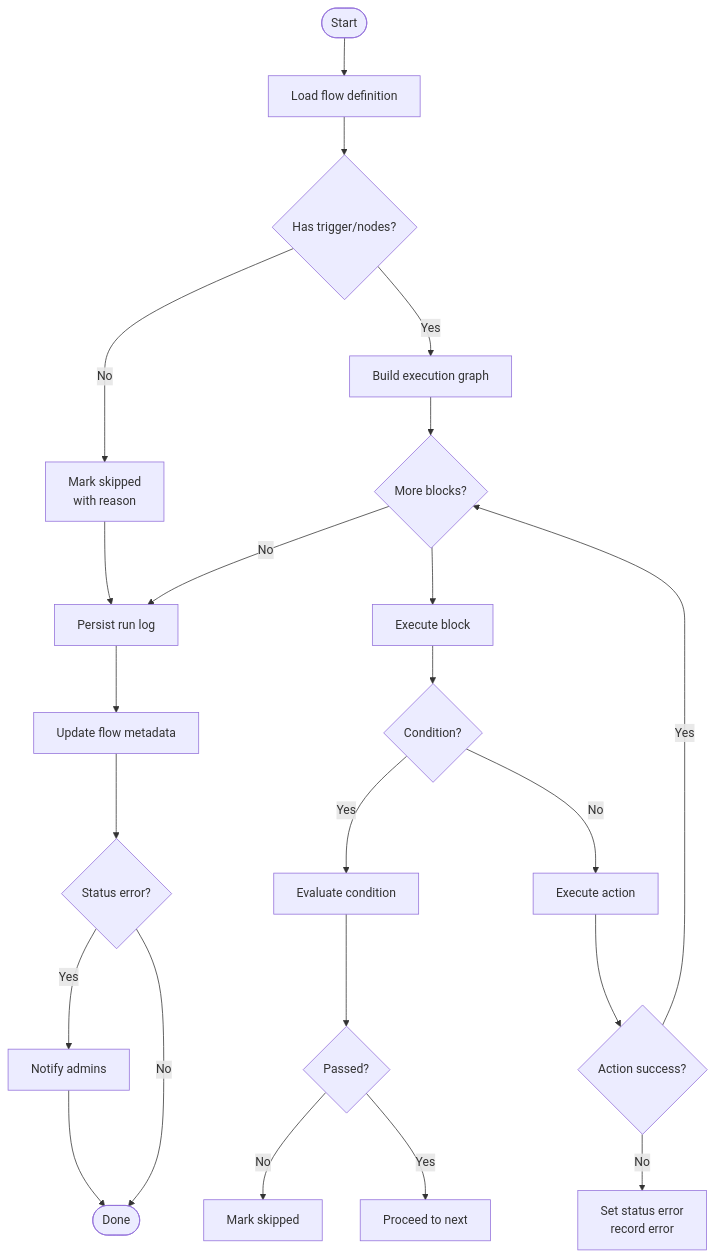
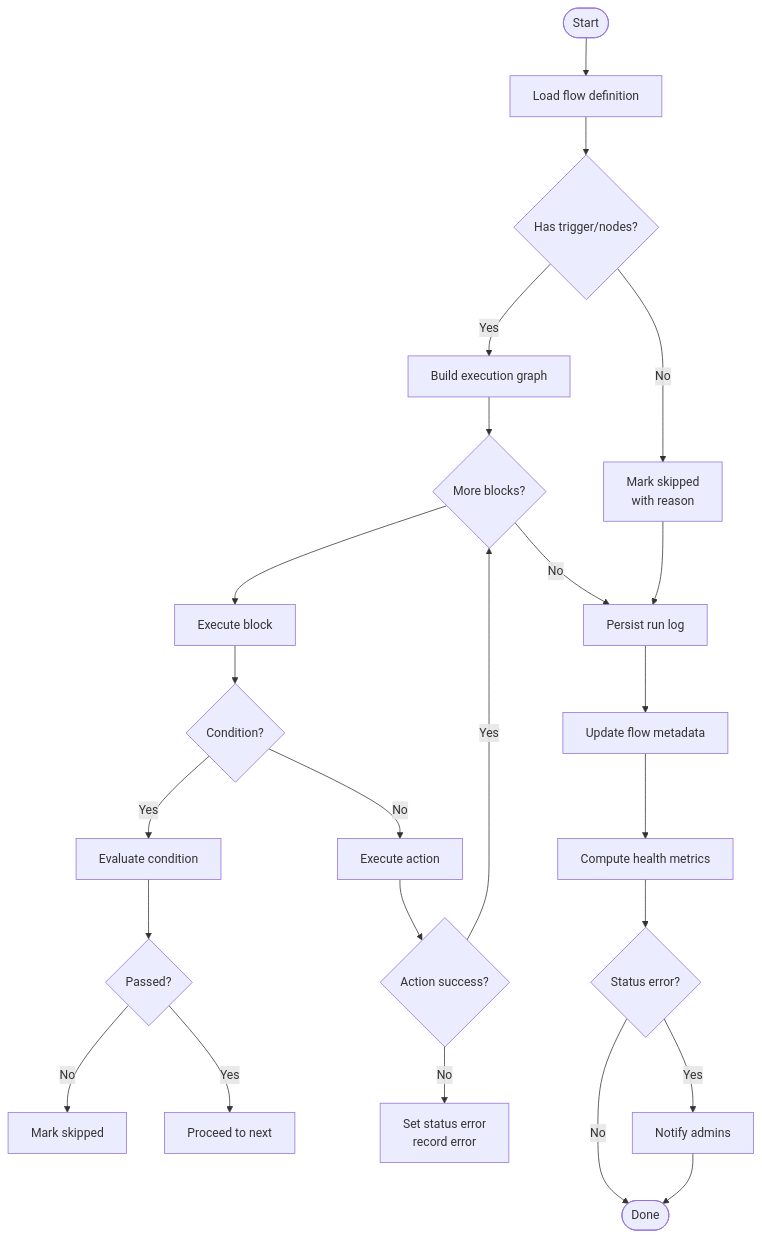
One commit to gastaldellomarco/pcReady changed the sixth of 9 diagrams in .qoder/repowiki/en/content/Automation System/Automation Monitoring and Logs.md. Above: the diagram before and after it, drawn with Mermaid. The commit also changed other lines of this file and 19 other files, not shown here.

First line of the commit message:
feat(automation): enhance Automation Flow Builder with dual-mode design and advanced UI

````diff
--- a/.qoder/repowiki/en/content/Automation System/Automation Monitoring and Logs.md
+++ b/.qoder/repowiki/en/content/Automation System/Automation Monitoring and Logs.md
@@ -203,25 +335,26 @@
 ```mermaid
 flowchart TD
 Start([Start]) --> LoadFlow["Load flow definition"]
 LoadFlow --> Validate{"Has trigger/nodes?"}
 Validate --> |No| Skipped["Mark skipped<br/>with reason"]
 Validate --> |Yes| BuildGraph["Build execution graph"]
 BuildGraph --> Loop{"More blocks?"}
 Loop --> |No| Persist["Persist run log"]
 Loop --> Block["Execute block"]
 Block --> Cond{"Condition?"}
 Cond --> |Yes| Eval["Evaluate condition"]
 Eval --> Branch{"Passed?"}
 Branch --> |No| Skip["Mark skipped"]
 Branch --> |Yes| Next["Proceed to next"]
 Cond --> |No| ExecAction["Execute action"]
 ExecAction --> ActionOK{"Action success?"}
 ActionOK --> |No| Fail["Set status error<br/>record error"]
 ActionOK --> |Yes| Loop
 Skipped --> Persist
 Persist --> UpdateMeta["Update flow metadata"]
-UpdateMeta --> Notify{"Status error?"}
+UpdateMeta --> ComputeHealth["Compute health metrics"]
+ComputeHealth --> Notify{"Status error?"}
 Notify --> |Yes| AdminNotify["Notify admins"]
 Notify --> |No| Done([Done])
 AdminNotify --> Done
 ```
````
